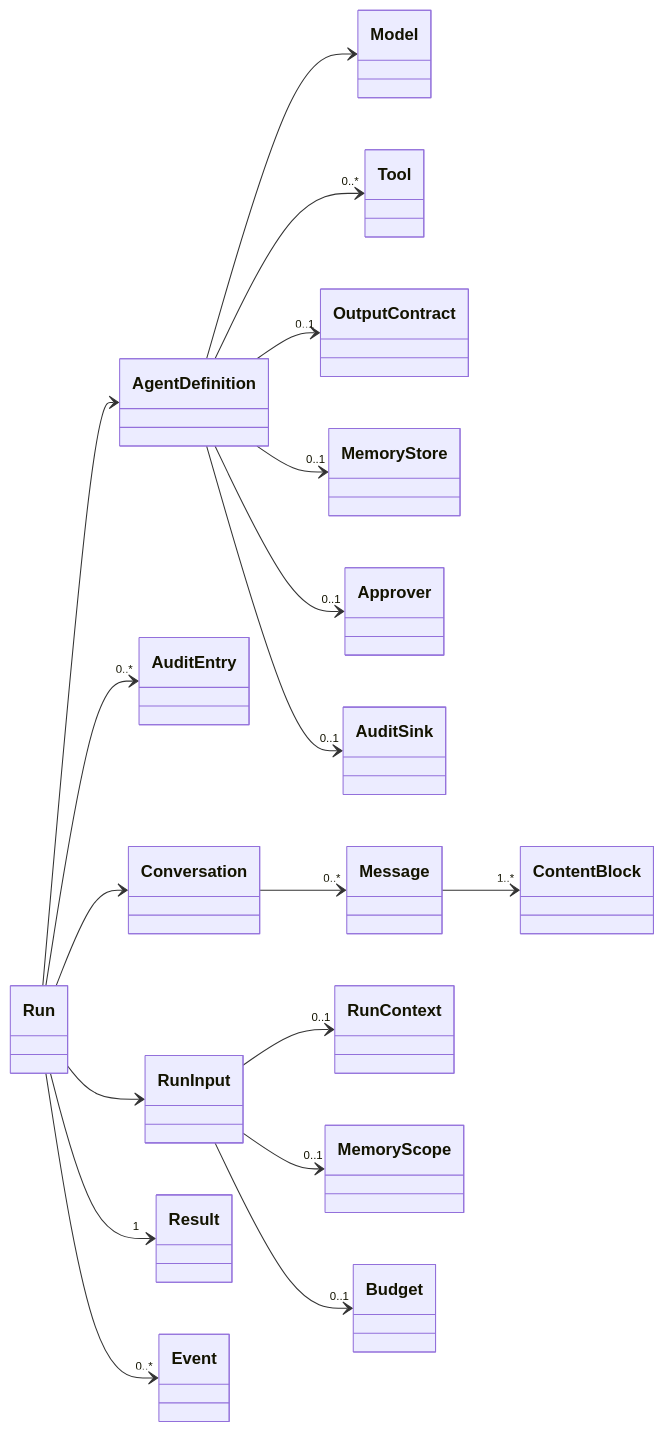
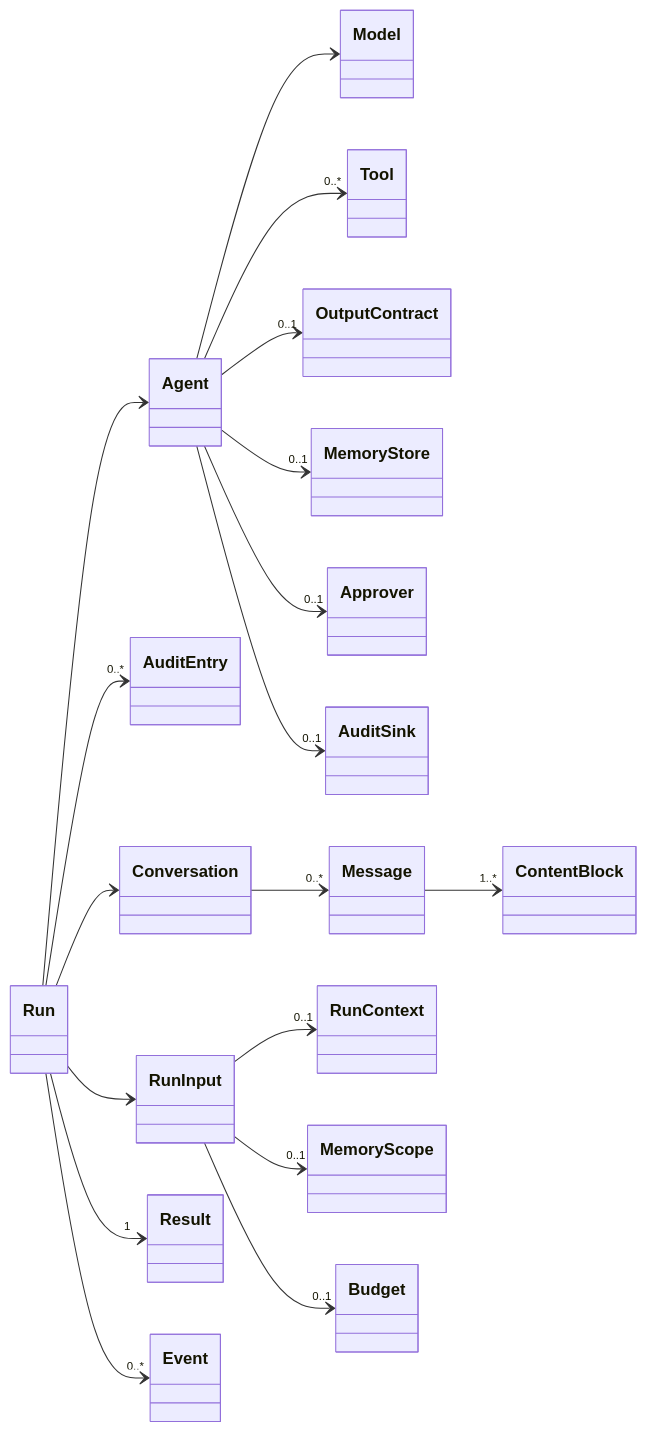
Before and after one commit to sleepyshark85/Officina: the first of 6 diagrams in ARCHITECTURE.md, drawn with Mermaid. The commit also changed other lines of this file and 41 other files, not shown here.

First line of the commit message:
Rename AgentDefinition to Agent

````diff
--- a/ARCHITECTURE.md
+++ b/ARCHITECTURE.md
@@ -21,21 +21,21 @@
 ```mermaid
 classDiagram
     direction LR
-    AgentDefinition --> Model
-    AgentDefinition --> "0..*" Tool
-    AgentDefinition --> "0..1" OutputContract
-    AgentDefinition --> "0..1" MemoryStore
-    AgentDefinition --> "0..1" Approver
-    AgentDefinition --> "0..1" AuditSink
+    Agent --> Model
+    Agent --> "0..*" Tool
+    Agent --> "0..1" OutputContract
+    Agent --> "0..1" MemoryStore
+    Agent --> "0..1" Approver
+    Agent --> "0..1" AuditSink
     Run --> "0..*" AuditEntry
-    Run --> AgentDefinition
+    Run --> Agent
     Run --> Conversation
     Run --> RunInput
     Run --> "1" Result
     Run --> "0..*" Event
     Conversation --> "0..*" Message
     Message --> "1..*" ContentBlock
     RunInput --> "0..1" RunContext
     RunInput --> "0..1" MemoryScope
     RunInput --> "0..1" Budget
 ```
````
